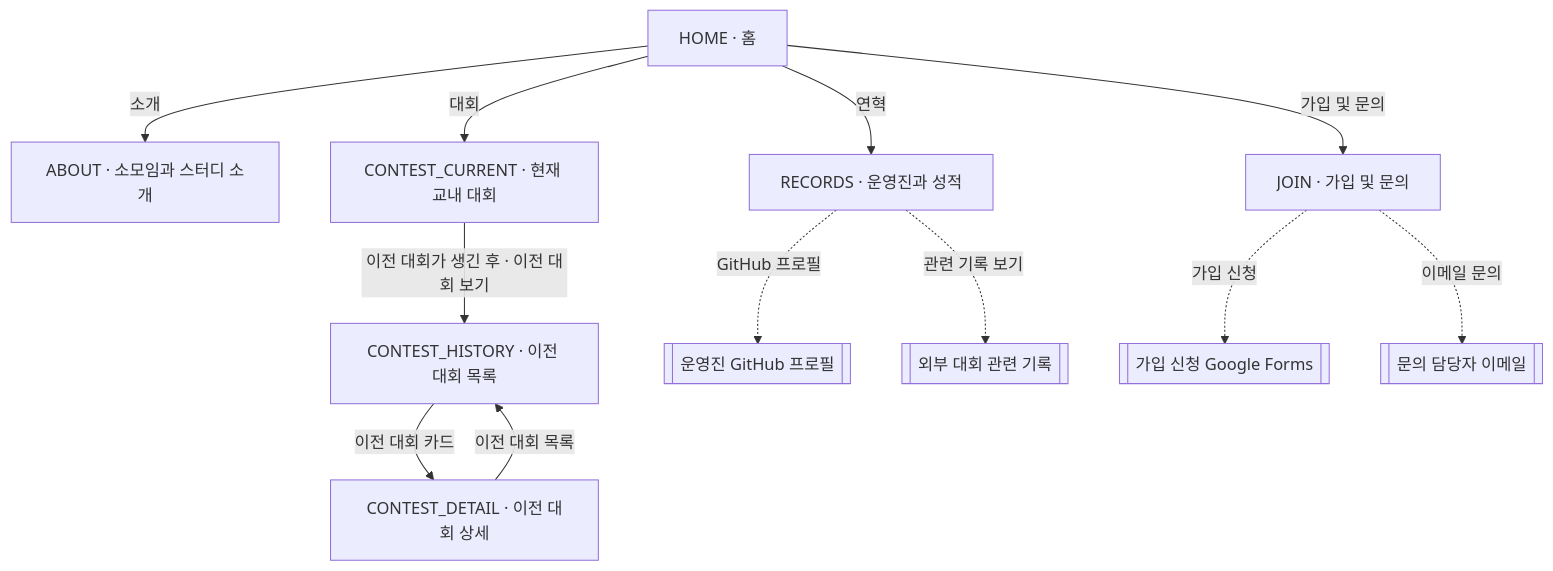
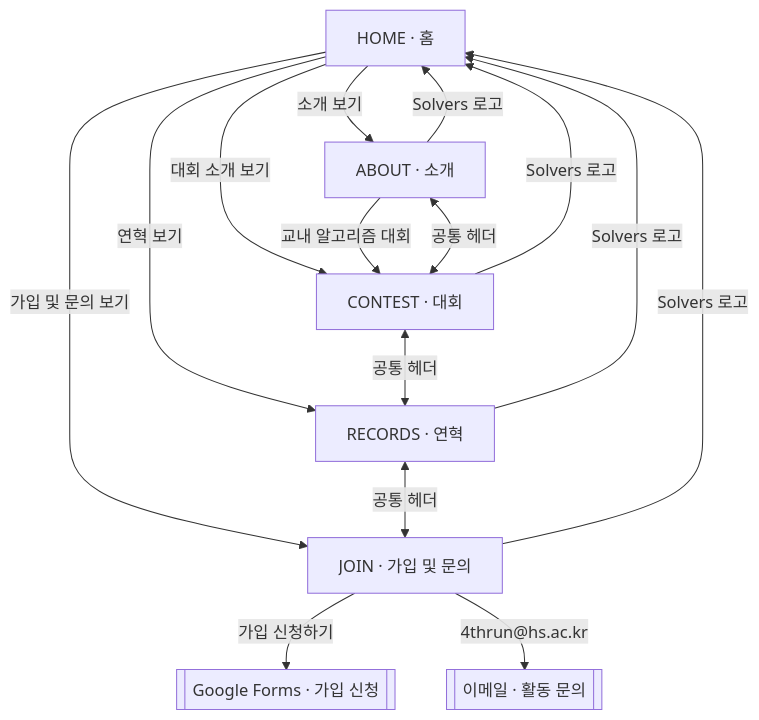
One commit to Hanshin-Solvers/homepage changed the diagram in design.md. Above: the diagram before and after it, drawn with Mermaid. The commit also changed other lines of this file and 3 other files, not shown here.

````diff
--- a/design.md
+++ b/design.md
@@ -155,29 +33,28 @@
 ```mermaid
 flowchart TD
     HOME["HOME · 홈"]
-    ABOUT["ABOUT · 소모임과 스터디 소개"]
-    RECORDS["RECORDS · 운영진과 성적"]
-    CONTEST_CURRENT["CONTEST_CURRENT · 현재 교내 대회"]
-    CONTEST_HISTORY["CONTEST_HISTORY · 이전 대회 목록"]
-    CONTEST_DETAIL["CONTEST_DETAIL · 이전 대회 상세"]
+    ABOUT["ABOUT · 소개"]
+    CONTEST["CONTEST · 대회"]
+    RECORDS["RECORDS · 연혁"]
     JOIN["JOIN · 가입 및 문의"]
+    FORM[["Google Forms · 가입 신청"]]
+    EMAIL[["이메일 · 활동 문의"]]
 
-    MEMBER_GITHUB[["운영진 GitHub 프로필"]]
-    ACTIVITY_LINK[["외부 대회 관련 기록"]]
-    APPLY_FORM[["가입 신청 Google Forms"]]
-    CONTACT_EMAIL[["문의 담당자 이메일"]]
+    HOME -->|"소개 보기"| ABOUT
+    HOME -->|"대회 소개 보기"| CONTEST
+    HOME -->|"연혁 보기"| RECORDS
+    HOME -->|"가입 및 문의 보기"| JOIN
 
-    HOME -->|"소개"| ABOUT
-    HOME -->|"대회"| CONTEST_CURRENT
-    HOME -->|"연혁"| RECORDS
-    HOME -->|"가입 및 문의"| JOIN
+    ABOUT -->|"교내 알고리즘 대회"| CONTEST
+    JOIN -->|"가입 신청하기"| FORM
+    JOIN -->|"4thrun@hs.ac.kr"| EMAIL
 
-    CONTEST_CURRENT -->|"이전 대회가 생긴 후 · 이전 대회 보기"| CONTEST_HISTORY
-    CONTEST_HISTORY -->|"이전 대회 카드"| CONTEST_DETAIL
-    CONTEST_DETAIL -->|"이전 대회 목록"| CONTEST_HISTORY
+    ABOUT -->|"Solvers 로고"| HOME
+    CONTEST -->|"Solvers 로고"| HOME
+    RECORDS -->|"Solvers 로고"| HOME
+    JOIN -->|"Solvers 로고"| HOME
 
-    RECORDS -.->|"GitHub 프로필"| MEMBER_GITHUB
-    RECORDS -.->|"관련 기록 보기"| ACTIVITY_LINK
-    JOIN -.->|"가입 신청"| APPLY_FORM
-    JOIN -.->|"이메일 문의"| CONTACT_EMAIL
+    ABOUT <-->|"공통 헤더"| CONTEST
+    CONTEST <-->|"공통 헤더"| RECORDS
+    RECORDS <-->|"공통 헤더"| JOIN
 ```
````
